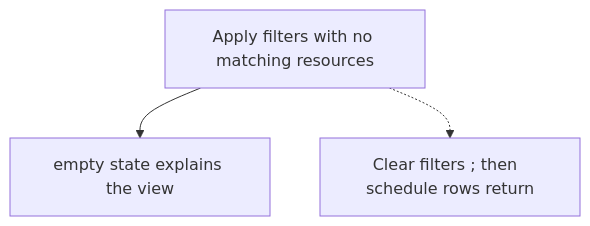
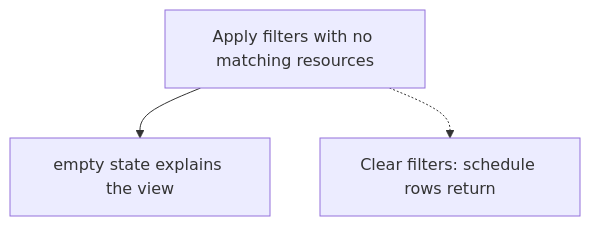
Before and after one commit to Kevinjohn/capacitylens: the first of 2 diagrams in user-stories/filters/US-FIL-07-empty-state.md, drawn with Mermaid. The commit also changed other lines of this file and 119 other files, not shown here.

First line of the commit message:
docs: correct story text and flow diagrams against current source

````diff
--- a/user-stories/filters/US-FIL-07-empty-state.md
+++ b/user-stories/filters/US-FIL-07-empty-state.md
@@ -22,8 +22,8 @@
 ```mermaid
 flowchart TD
   N1["Apply filters with no matching resources"]
   N2["empty state explains the view"]
-  B1["Clear filters ; then  schedule rows return"]
+  B1["Clear filters: schedule rows return"]
   N1 --> N2
   N1 -.-> B1
 ```
````
